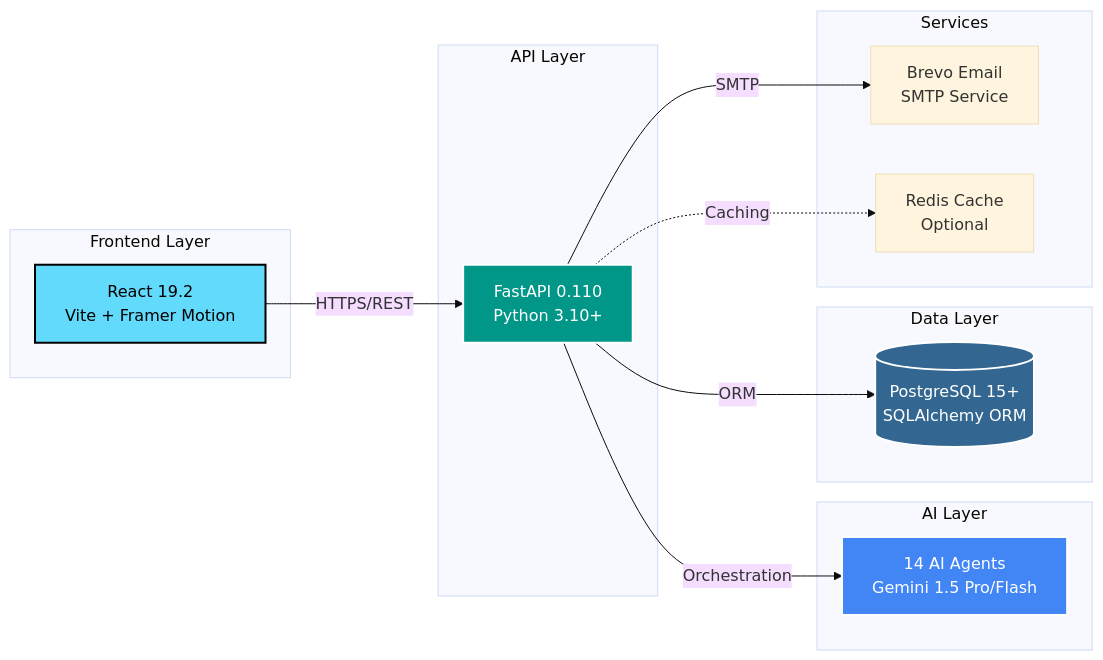
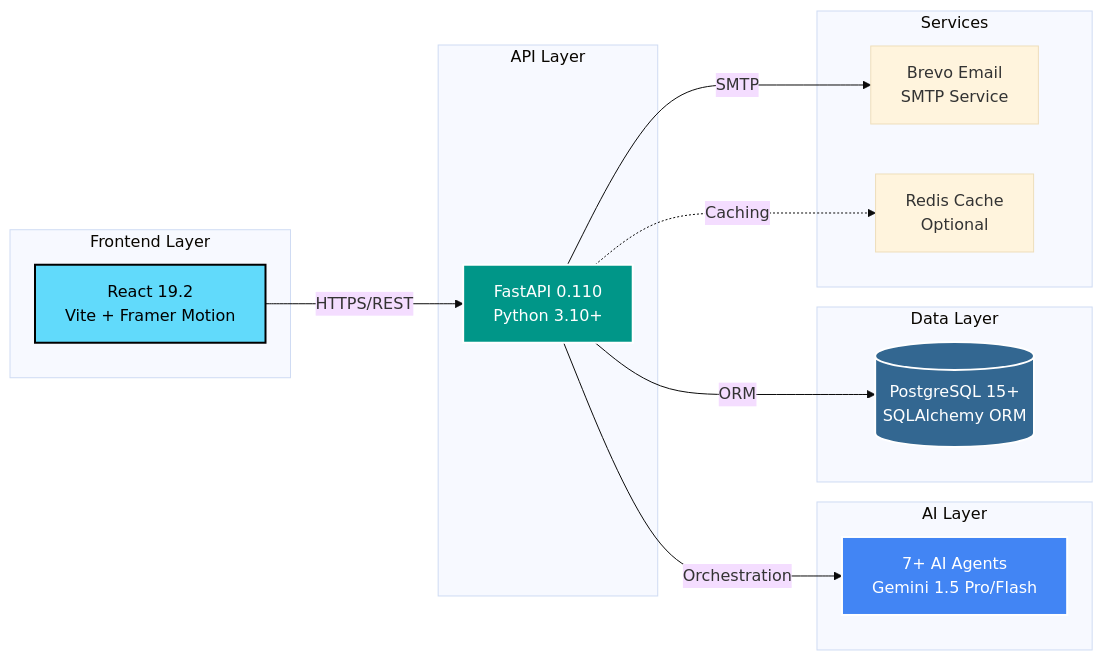
The third of 6 diagrams in README.md (RiteshKumar2e/customer-complaint-agent_new), drawn with Mermaid (base theme) before and after one commit. The commit also changed other lines of this file, not shown here.

````diff
--- a/README.md
+++ b/README.md
@@ -262,34 +262,34 @@
 ```mermaid
 graph LR
     subgraph "Frontend Layer"
         A[React 19.2<br/>Vite + Framer Motion]
     end
     
     subgraph "API Layer"
         B[FastAPI 0.110<br/>Python 3.10+]
     end
     
     subgraph "AI Layer"
-        C[14 AI Agents<br/>Gemini 1.5 Pro/Flash]
+        C[7+ AI Agents<br/>Gemini 1.5 Pro/Flash]
     end
     
     subgraph "Data Layer"
         D[(PostgreSQL 15+<br/>SQLAlchemy ORM)]
     end
     
     subgraph "Services"
         E[Brevo Email<br/>SMTP Service]
         F[Redis Cache<br/>Optional]
     end
     
     A -->|HTTPS/REST| B
     B -->|Orchestration| C
     B -->|ORM| D
     B -->|SMTP| E
     B -.->|Caching| F
     
     style A fill:#61dafb,stroke:#000,stroke-width:2px,color:#000
     style B fill:#009688,stroke:#fff,stroke-width:2px,color:#fff
     style C fill:#4285f4,stroke:#fff,stroke-width:2px,color:#fff
     style D fill:#336791,stroke:#fff,stroke-width:2px,color:#fff
 ```
````
